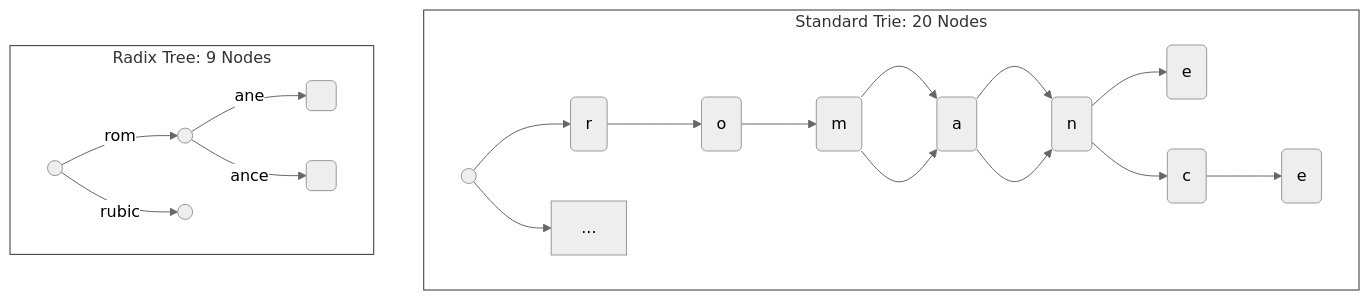
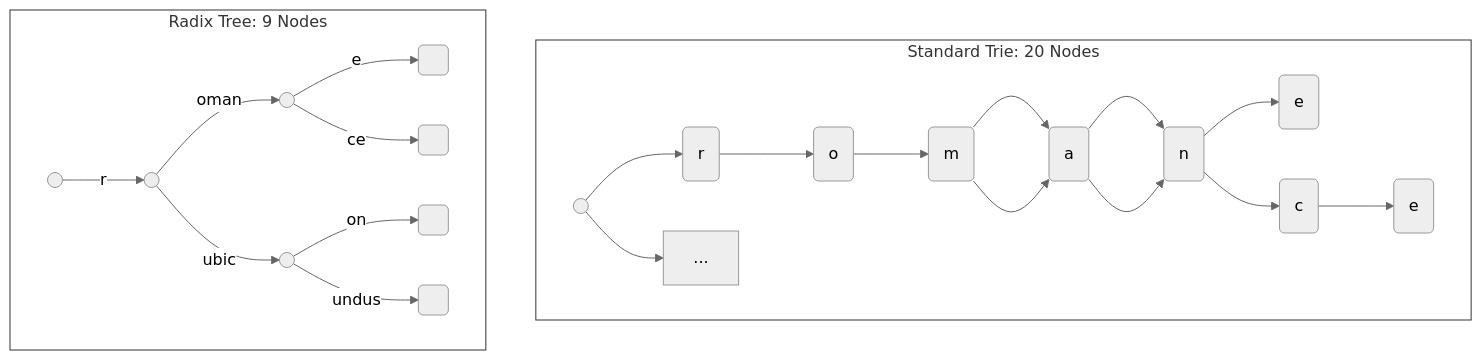
One commit to tdj28/blog changed the fourth of 11 diagrams in content/en/blog/post/computer_science/algorithms/prefix-trees/index.md. Above: the diagram before and after it, drawn with Mermaid (neutral theme). The commit also changed other lines of this file, not shown here.

```diff
--- a/content/en/blog/post/computer_science/algorithms/prefix-trees/index.md
+++ b/content/en/blog/post/computer_science/algorithms/prefix-trees/index.md
@@ -437,19 +486,22 @@
 {{< mermaid >}}
 graph TD
     subgraph Standard ["Standard Trie: 20 Nodes"]
         Root1(( )) --> r(r) --> o(o) --> m(m)
         m --> a(a) --> n(n) --> e(e)
         m --> a(a) --> n(n) --> c(c) --> e2(e)
         Root1 --> Dot["..."]
     end
     
     subgraph Radix ["Radix Tree: 9 Nodes"]
-        Root2(( )) -- "rom" --> ROM(( ))
-        ROM -- "ane" --> ANE( )
-        ROM -- "ance" --> ANCE( )
-        Root2 -- "rubic" --> RUB(( ))
+        Root2(( )) -- "r" --> R(( ))
+        R -- "oman" --> OMAN(( ))
+        OMAN -- "e" --> ANE( )
+        OMAN -- "ce" --> ANCE( )
+        R -- "ubic" --> UBIC(( ))
+        UBIC -- "on" --> ON( )
+        UBIC -- "undus" --> UNDUS( )
     end
     
     style Standard fill:#fff,stroke:#333
     style Radix fill:#fff,stroke:#333
 {{< /mermaid >}}
```
